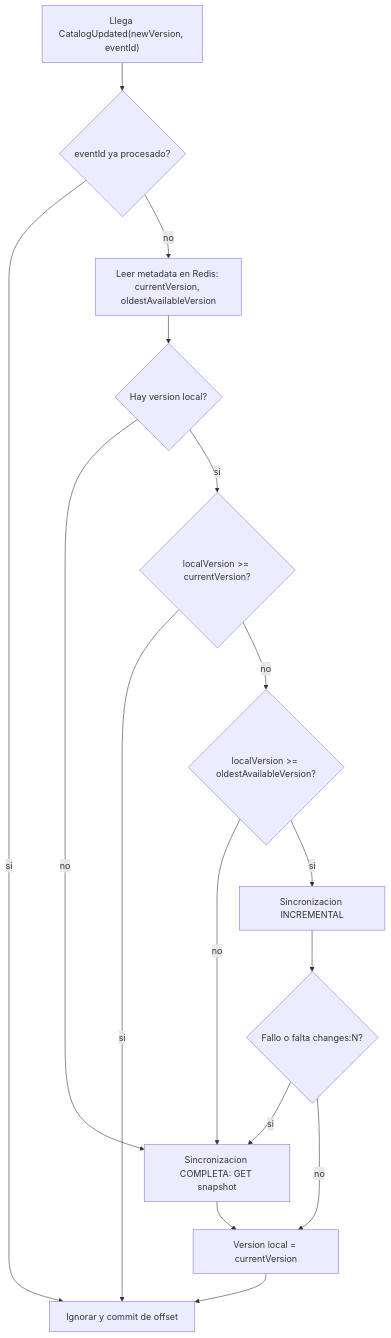
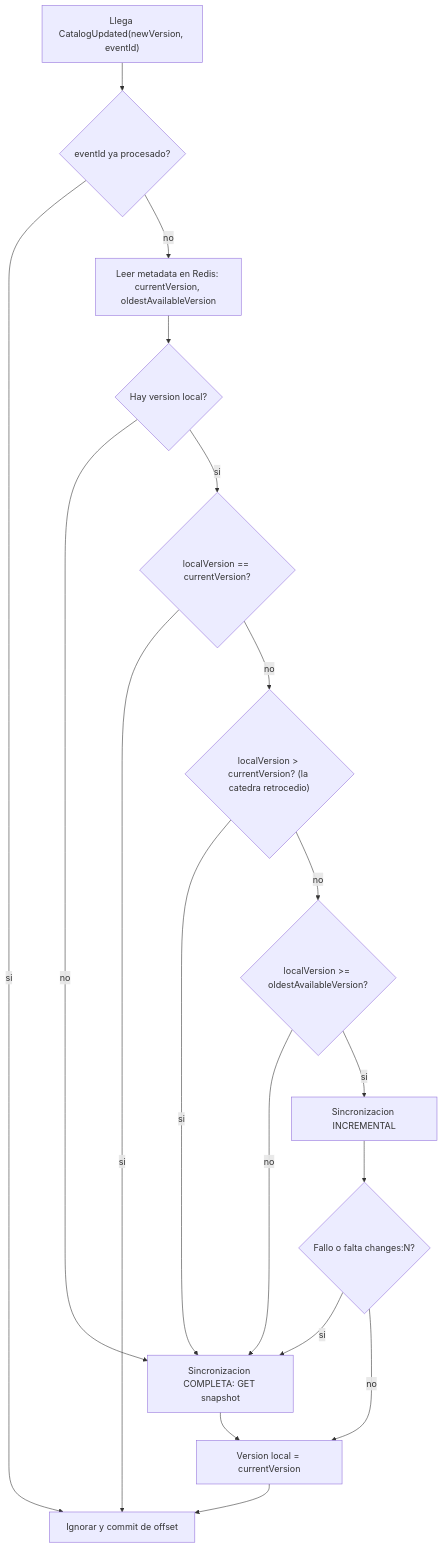
The first of 4 diagrams in diagramas/02-sincronizacion-catalogo.md (Prog2-fzapata/Documentacion), drawn with Mermaid before and after one commit. The commit also changed other lines of this file and 1 other file, not shown here.

First line of the commit message:
docs: registra la sincronización incremental (D72) y actualiza el diagrama 02

````diff
--- a/diagramas/02-sincronizacion-catalogo.md
+++ b/diagramas/02-sincronizacion-catalogo.md
@@ -7,18 +7,20 @@
 ```mermaid
 flowchart TD
     A["Llega CatalogUpdated(newVersion, eventId)"] --> B{"eventId ya procesado?"}
     B -- si --> Z["Ignorar y commit de offset"]
     B -- no --> C["Leer metadata en Redis: currentVersion, oldestAvailableVersion"]
     C --> D{"Hay version local?"}
     D -- no --> S
-    D -- si --> E{"localVersion >= currentVersion?"}
+    D -- si --> E{"localVersion == currentVersion?"}
     E -- si --> Z
-    E -- no --> F{"localVersion >= oldestAvailableVersion?"}
+    E -- no --> E2{"localVersion > currentVersion? (la catedra retrocedio)"}
+    E2 -- si --> S
+    E2 -- no --> F{"localVersion >= oldestAvailableVersion?"}
     F -- no --> S["Sincronizacion COMPLETA: GET snapshot"]
     F -- si --> G["Sincronizacion INCREMENTAL"]
     G --> H{"Fallo o falta changes:N?"}
     H -- si --> S
     H -- no --> I["Version local = currentVersion"]
     S --> I
     I --> Z
 ```
````
